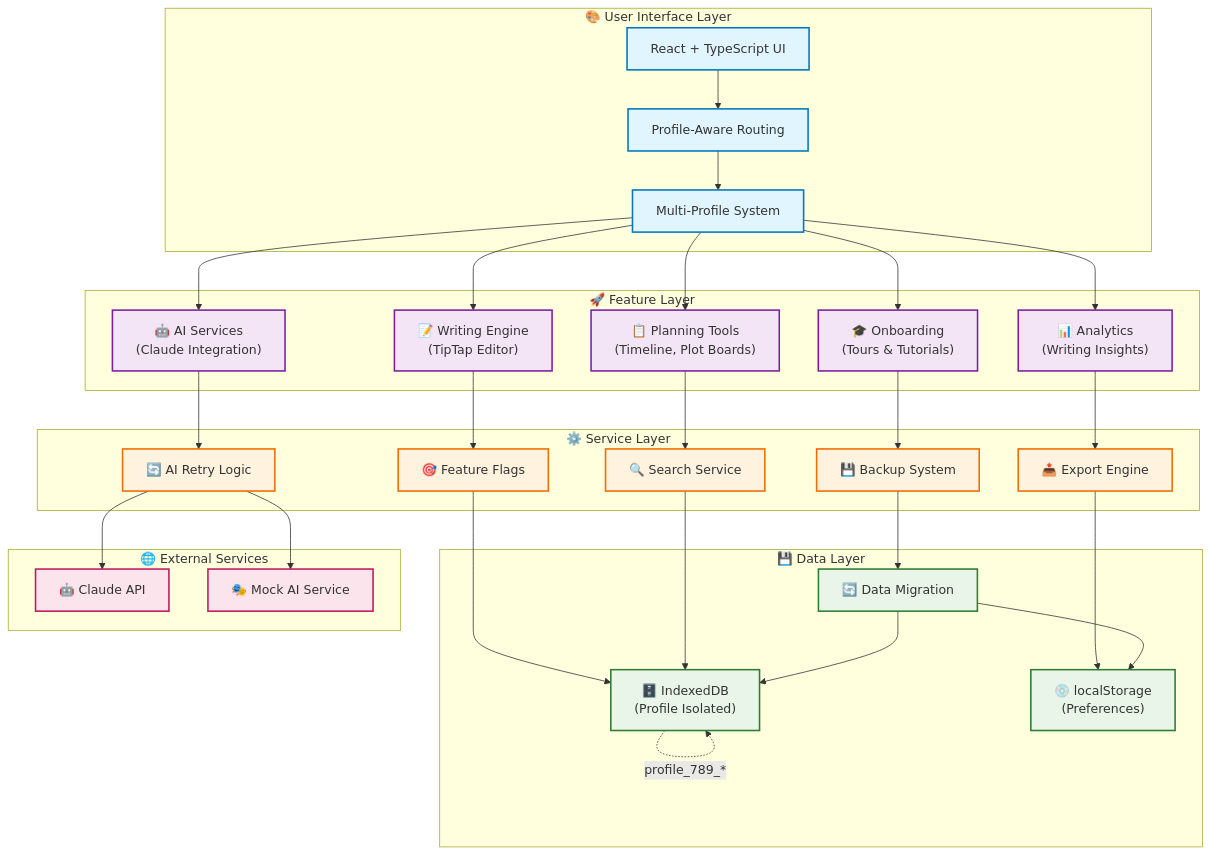
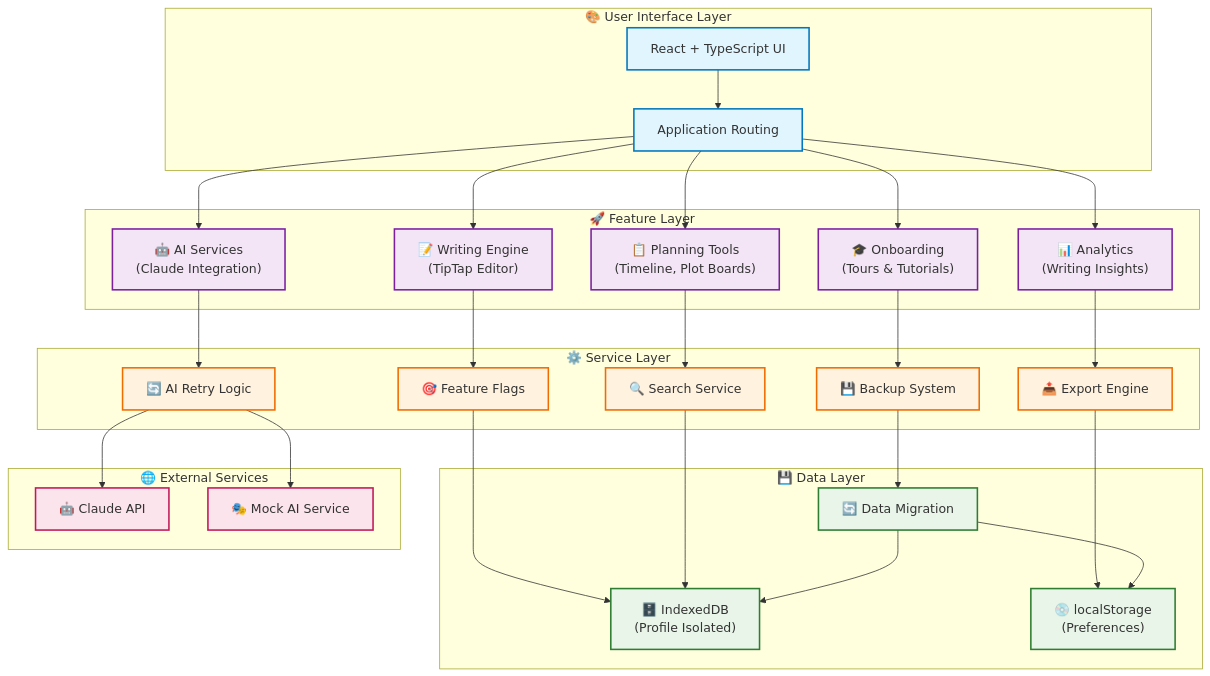
Before and after one commit to oklahomahail/Inkwell2: the diagram in README.md, drawn with Mermaid. The commit also changed other lines of this file and 17 other files, not shown here.

```diff
--- a/README.md
+++ b/README.md
@@ -648,8 +614,7 @@
     %% User Interface Layer
     subgraph "🎨 User Interface Layer"
         UI["React + TypeScript UI"]
-        Router["Profile-Aware Routing"]
-        Profiles["Multi-Profile System"]
+        Router["Application Routing"]
     end
 
     %% Feature Layer
@@ -685,12 +650,11 @@
 
     %% Data Flow
     UI --> Router
-    Router --> Profiles
-    Profiles --> Writing
-    Profiles --> Planning
-    Profiles --> AI
-    Profiles --> Analytics
-    Profiles --> Onboarding
+    Router --> Writing
+    Router --> Planning
+    Router --> AI
+    Router --> Analytics
+    Router --> Onboarding
 
     Writing --> FeatureFlags
     Planning --> Search
@@ -708,11 +672,6 @@
     Migration --> IndexedDB
     Migration --> LocalStorage
 
-    %% Profile Isolation
-    IndexedDB -.-> |"profile_123_*"| IndexedDB
-    IndexedDB -.-> |"profile_456_*"| IndexedDB
-    IndexedDB -.-> |"profile_789_*"| IndexedDB
-
     %% Styling
     classDef userInterface fill:#e1f5fe,stroke:#0277bd,stroke-width:2px
     classDef feature fill:#f3e5f5,stroke:#7b1fa2,stroke-width:2px
@@ -720,7 +679,7 @@
     classDef data fill:#e8f5e8,stroke:#2e7d32,stroke-width:2px
     classDef external fill:#fce4ec,stroke:#c2185b,stroke-width:2px
 
-    class UI,Router,Profiles userInterface
+    class UI,Router userInterface
     class Writing,Planning,AI,Analytics,Onboarding feature
     class FeatureFlags,Search,Export,Backup,AIRetry service
     class IndexedDB,LocalStorage,Migration data
```
